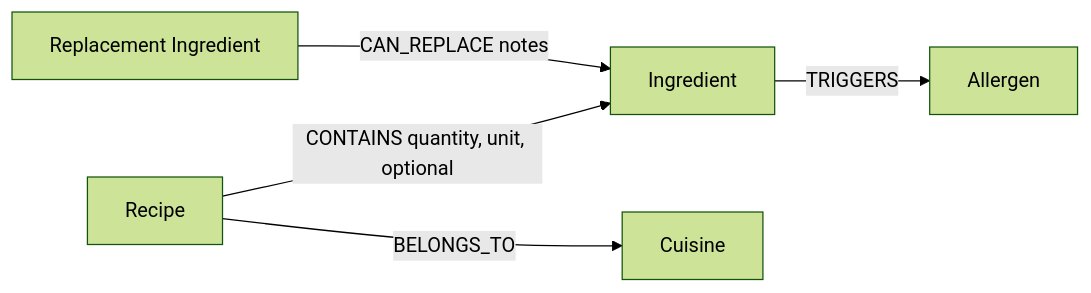
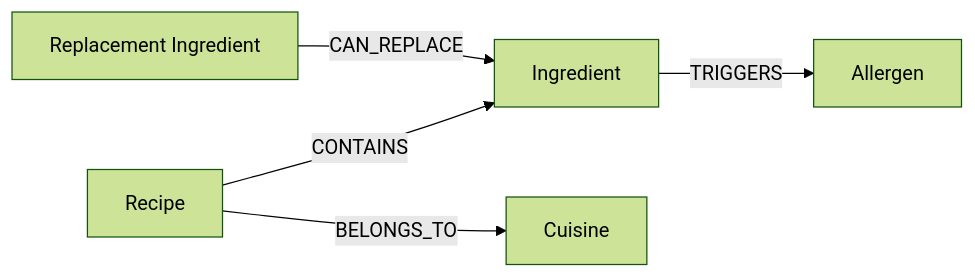
Before and after one commit to KOUSHIKG04/wexa-ai: the diagram in README.md, drawn with Mermaid (forest theme). The commit also changed other lines of this file and 3 other files, not shown here.

````diff
--- a/README.md
+++ b/README.md
@@ -39,7 +43,7 @@
 ```mermaid
 graph LR
-    R[Recipe] -->|CONTAINS quantity, unit, optional| I[Ingredient]
+    R[Recipe] -->|CONTAINS| I[Ingredient]
     R -->|BELONGS_TO| C[Cuisine]
     I -->|TRIGGERS| A[Allergen]
-    RI[Replacement Ingredient] -->|CAN_REPLACE notes| I
+    S[Replacement Ingredient] -->|CAN_REPLACE| I
 ```
````
